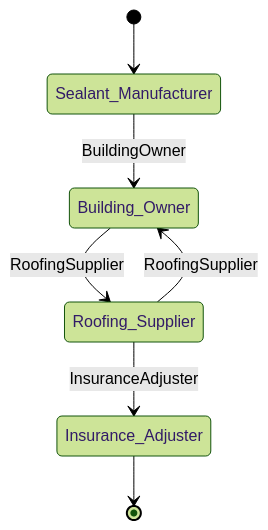
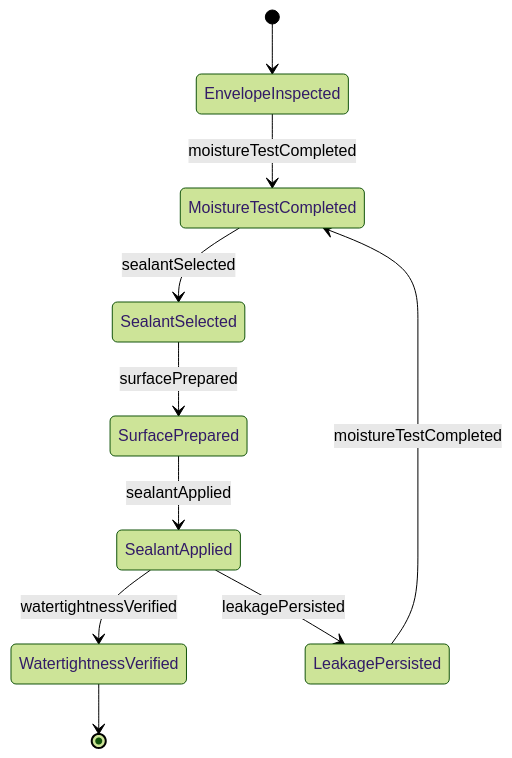
Before and after one commit to dot-org-ai/tasks.org.ai: the second of 4 diagrams in HandlingAndMovingObjects/ApplyMaterialsToFillGapsOrImperfections/SealGapsCracksPreventLeakage.mdx, drawn with Mermaid (forest theme). The commit also changed other lines of this file and 40 other files, not shown here.

First line of the commit message:
fix: Replace Actor-based ER and State diagrams with Entity/Event-based diagrams in 41 HandlingAndMovingObjects DWA files

````diff
--- a/HandlingAndMovingObjects/ApplyMaterialsToFillGapsOrImperfections/SealGapsCracksPreventLeakage.mdx
+++ b/HandlingAndMovingObjects/ApplyMaterialsToFillGapsOrImperfections/SealGapsCracksPreventLeakage.mdx
@@ -98,9 +98,12 @@
 ```mermaid
 stateDiagram-v2
-    [*] --> Sealant_Manufacturer
-    Sealant_Manufacturer --> Building_Owner: BuildingOwner
-    Building_Owner --> Roofing_Supplier: RoofingSupplier
-    Roofing_Supplier --> Insurance_Adjuster: InsuranceAdjuster
-    Roofing_Supplier --> Building_Owner: RoofingSupplier
-    Insurance_Adjuster --> [*]
+    [*] --> EnvelopeInspected
+    EnvelopeInspected --> MoistureTestCompleted : moistureTestCompleted
+    MoistureTestCompleted --> SealantSelected : sealantSelected
+    SealantSelected --> SurfacePrepared : surfacePrepared
+    SurfacePrepared --> SealantApplied : sealantApplied
+    SealantApplied --> WatertightnessVerified : watertightnessVerified
+    SealantApplied --> LeakagePersisted : leakagePersisted
+    LeakagePersisted --> MoistureTestCompleted : moistureTestCompleted
+    WatertightnessVerified --> [*]
 ```
````
